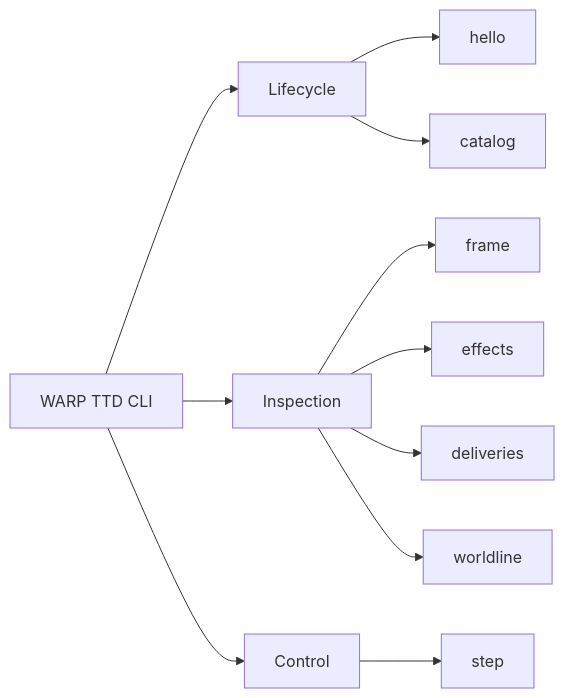
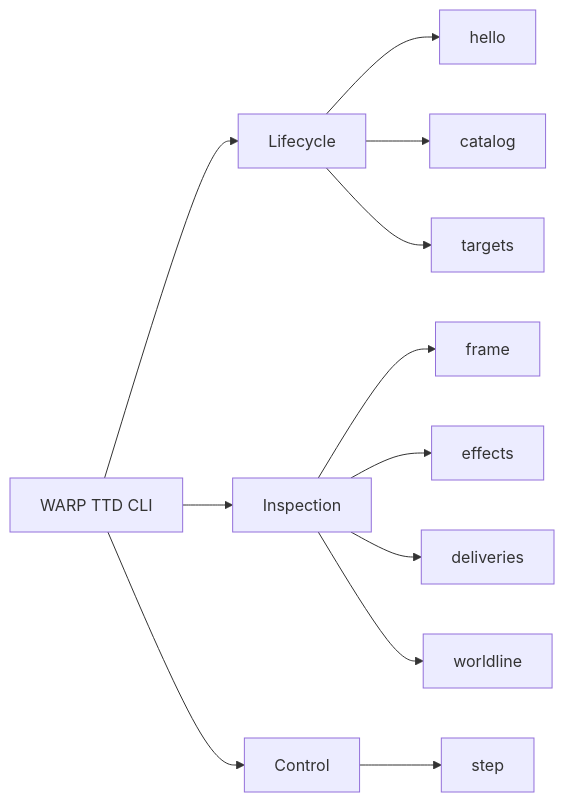
Before and after one commit to flyingrobots/warp-ttd: the diagram in docs/CLI.md, drawn with Mermaid. The commit also changed other lines of this file and 9 other files, not shown here.

````diff
--- a/docs/CLI.md
+++ b/docs/CLI.md
@@ -5,13 +5,14 @@
 ```mermaid
 flowchart LR
     A[WARP TTD CLI] --> B[Lifecycle]
     A --> C[Inspection]
     A --> D[Control]
     B --> B1[hello]
     B --> B2[catalog]
+    B --> B3[targets]
     C --> C1[frame]
     C --> C2[effects]
     C --> C3[deliveries]
     C --> C4[worldline]
     D --> D1[step]
 ```
````
